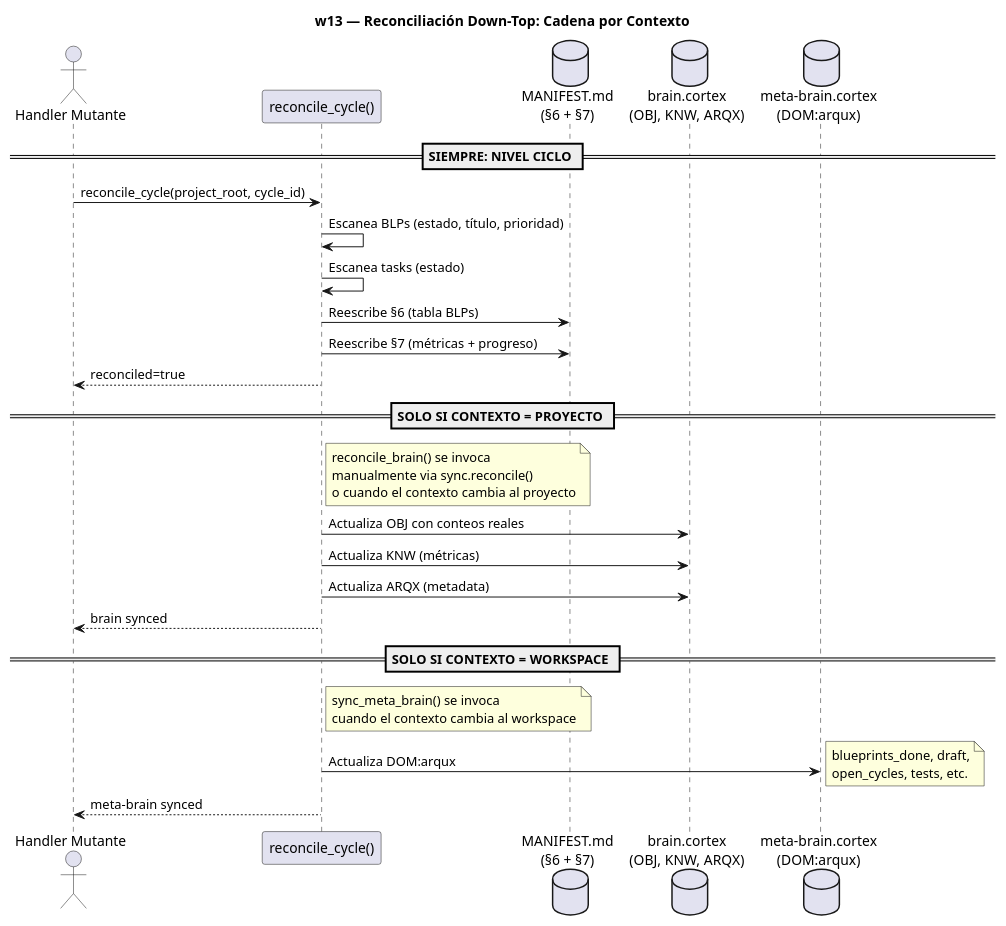
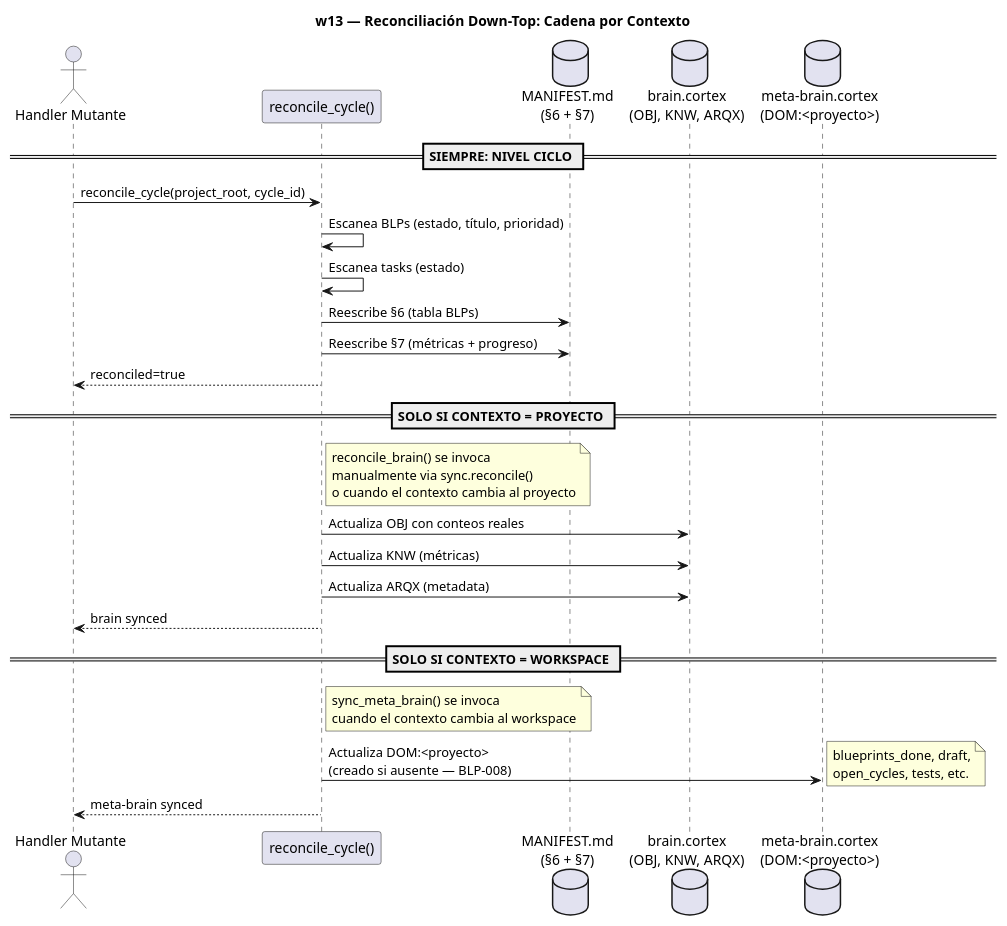
The first of 2 diagrams in src/arqux/skills/workflows/w13-reconcile-down-top.md (FidelErnesto03/arqux), drawn with PlantUML before and after one commit. The commit also changed other lines of this file and 29 other files, not shown here.

````diff
--- a/src/arqux/skills/workflows/w13-reconcile-down-top.md
+++ b/src/arqux/skills/workflows/w13-reconcile-down-top.md
@@ -24,40 +24,40 @@
 ```puml
 @startuml
 title w13 — Reconciliación Down-Top: Cadena por Contexto
 
 actor "Handler Mutante" as HM
 participant "reconcile_cycle()" as RC
 database "MANIFEST.md\n(§6 + §7)" as MAN
 database "brain.cortex\n(OBJ, KNW, ARQX)" as BRAIN
-database "meta-brain.cortex\n(DOM:arqux)" as META
+database "meta-brain.cortex\n(DOM:<proyecto>)" as META
 
 == SIEMPRE: NIVEL CICLO ==
 HM -> RC: reconcile_cycle(project_root, cycle_id)
 RC -> RC: Escanea BLPs (estado, título, prioridad)
 RC -> RC: Escanea tasks (estado)
 RC -> MAN: Reescribe §6 (tabla BLPs)
 RC -> MAN: Reescribe §7 (métricas + progreso)
 RC --> HM: reconciled=true
 
 == SOLO SI CONTEXTO = PROYECTO ==
 note right of RC
   reconcile_brain() se invoca
   manualmente via sync.reconcile()
   o cuando el contexto cambia al proyecto
 end note
 RC -> BRAIN: Actualiza OBJ con conteos reales
 RC -> BRAIN: Actualiza KNW (métricas)
 RC -> BRAIN: Actualiza ARQX (metadata)
 RC --> HM: brain synced
 
 == SOLO SI CONTEXTO = WORKSPACE ==
 note right of RC
   sync_meta_brain() se invoca
   cuando el contexto cambia al workspace
 end note
-RC -> META: Actualiza DOM:arqux
+RC -> META: Actualiza DOM:<proyecto>\n(creado si ausente — BLP-008)
 note right: blueprints_done, draft,\nopen_cycles, tests, etc.
 RC --> HM: meta-brain synced
 
 @enduml
 ```
````
